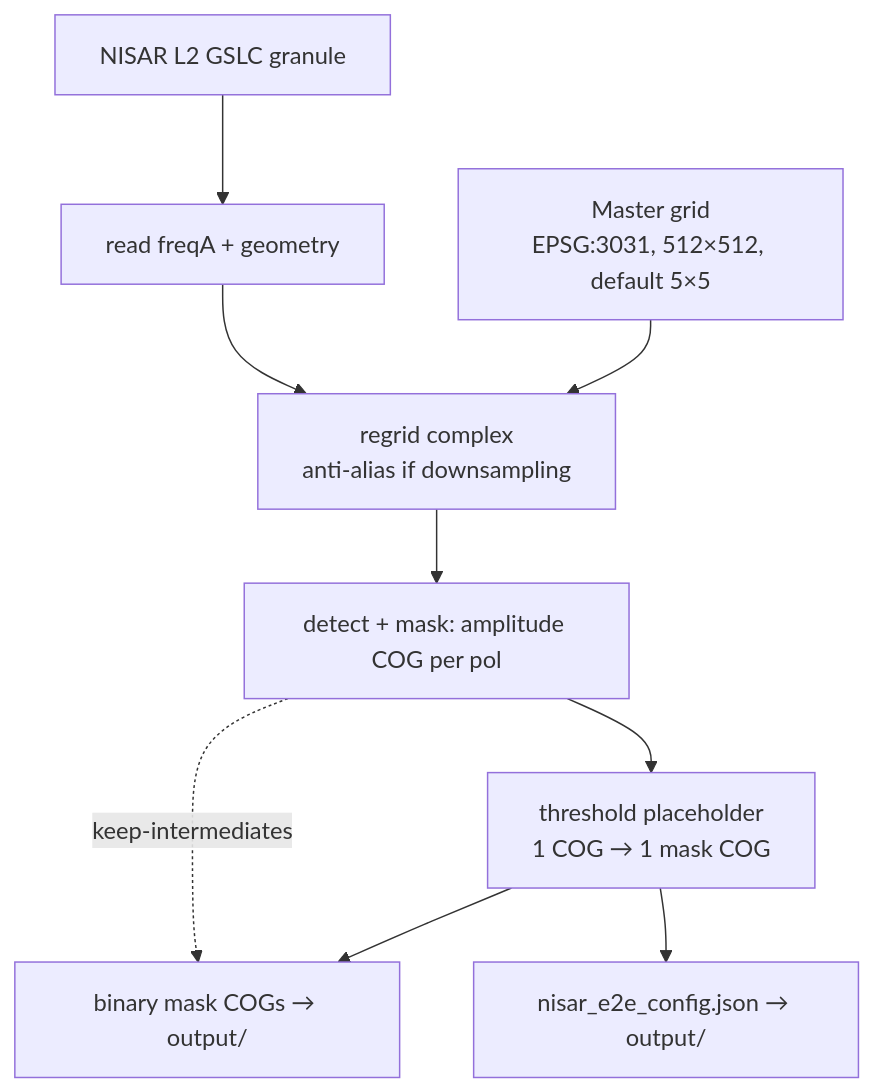
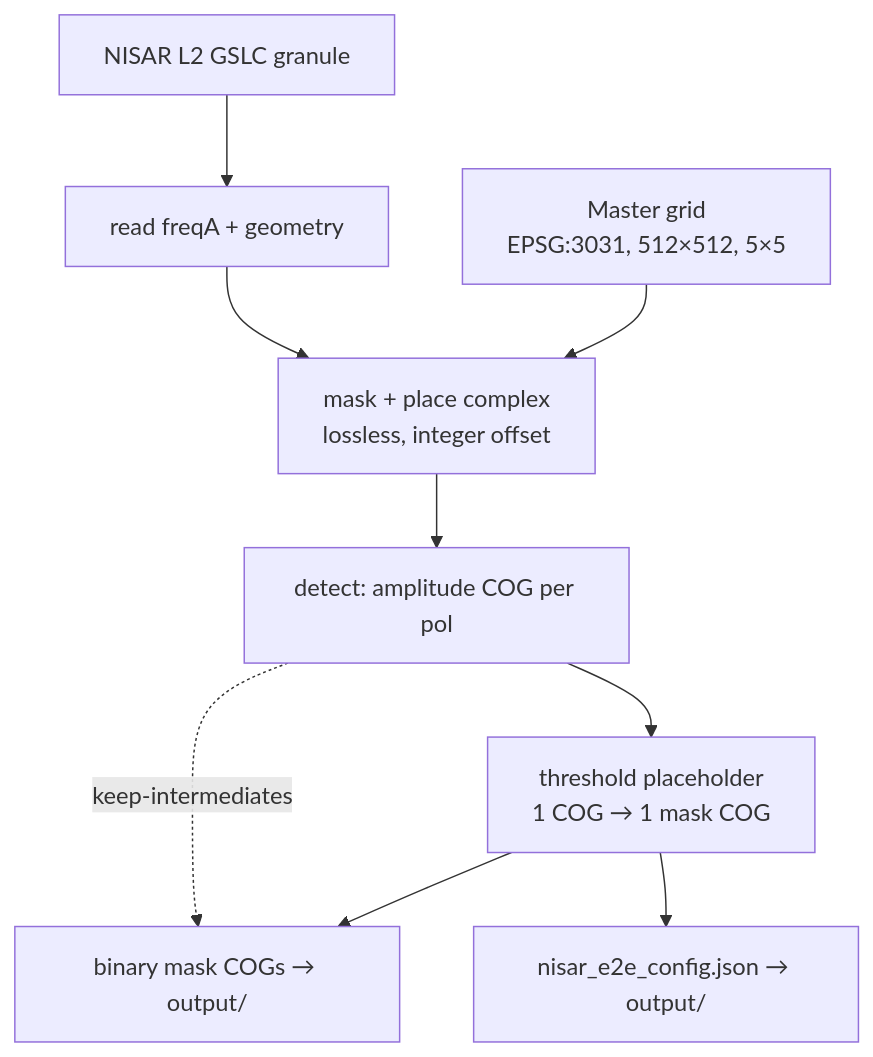
One commit to nemo794/rift changed the second of 3 diagrams in docs/PIPELINE.md. Above: the diagram before and after it, drawn with Mermaid. The commit also changed 10 other files, not shown here.

````diff
--- a/docs/PIPELINE.md
+++ b/docs/PIPELINE.md
@@ -30,11 +30,11 @@
 ```mermaid
 flowchart TD
     N[NISAR L2 GSLC granule] --> NX[read freqA + geometry]
-    G[Master grid<br/>EPSG:3031, 512×512, default 5×5] --> NR
-    NX --> NR[regrid complex<br/>anti-alias if downsampling]
-    NR --> NA[detect + mask: amplitude COG per pol]
+    G[Master grid<br/>EPSG:3031, 512×512, 5×5] --> NR
+    NX --> NR[mask + place complex<br/>lossless, integer offset]
+    NR --> NA[detect: amplitude COG per pol]
     NA --> I[threshold placeholder<br/>1 COG → 1 mask COG]
     I --> M[binary mask COGs → output/]
     NA -. keep-intermediates .-> M
     I --> CFG[nisar_e2e_config.json → output/]
 ```
````
